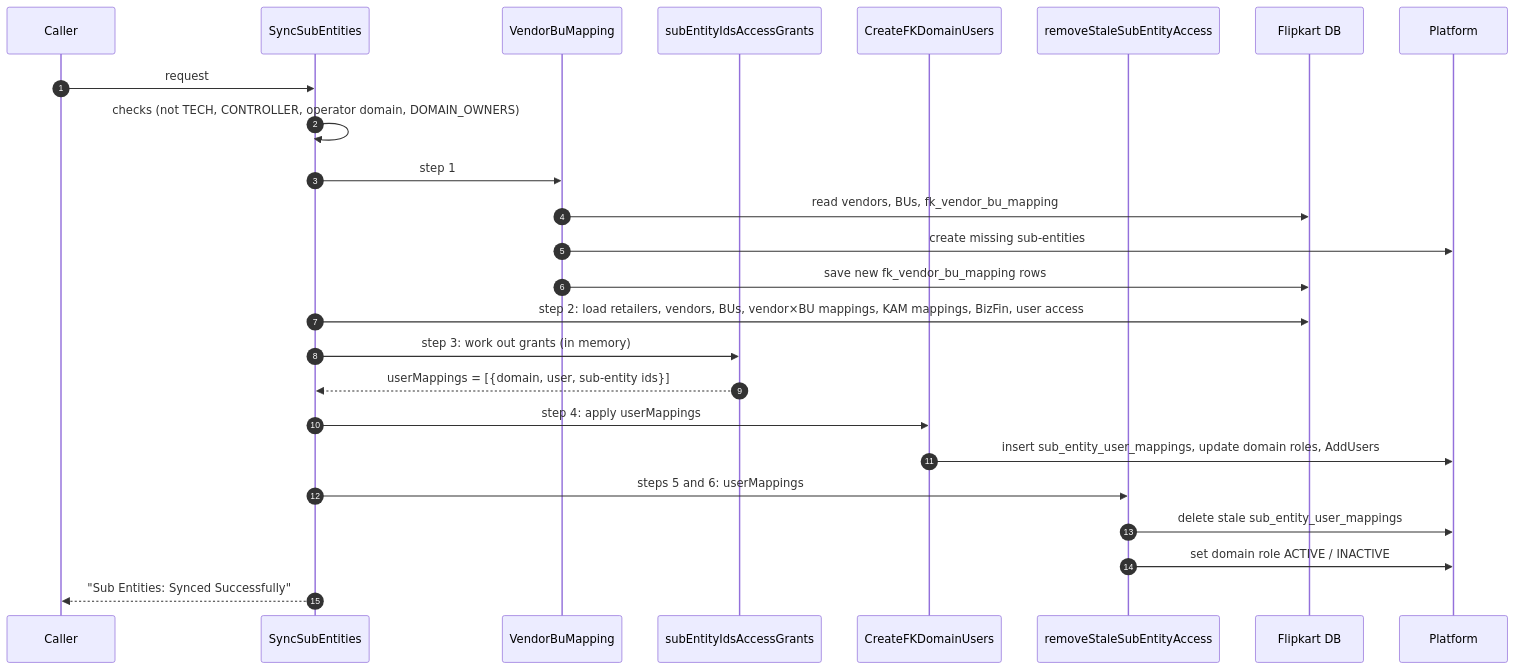
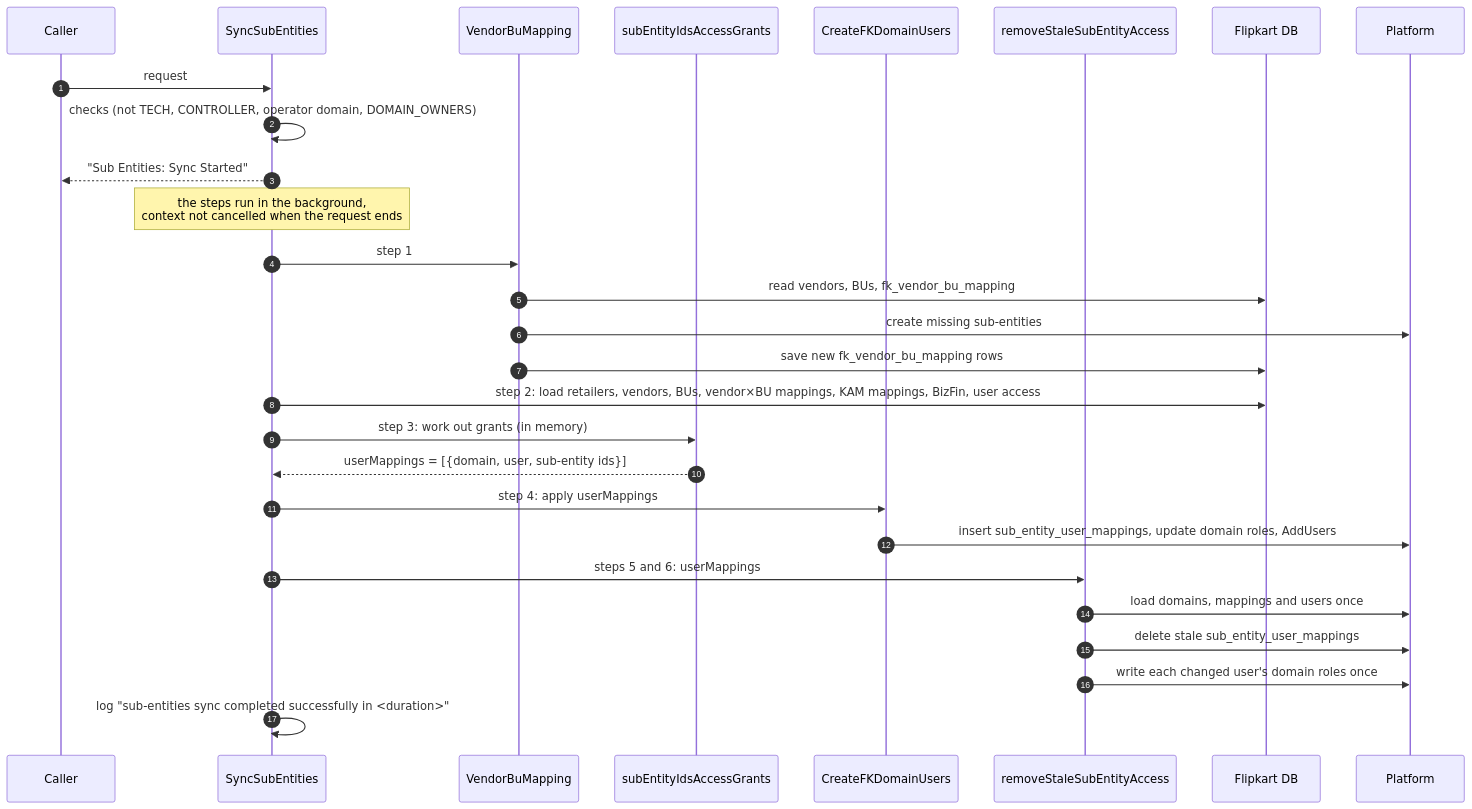
One commit to vijetapriya1/Vijeta-docs changed the third of 7 diagrams in sync_subentities.md. Above: the diagram before and after it, drawn with Mermaid. The commit also changed other lines of this file, not shown here.

````diff
--- a/sync_subentities.md
+++ b/sync_subentities.md
@@ -98,28 +98,31 @@
 ```mermaid
 sequenceDiagram
     autonumber
     participant C as Caller
     participant S as SyncSubEntities
     participant V as VendorBuMapping
     participant G as subEntityIdsAccessGrants
     participant U as CreateFKDomainUsers
     participant R as removeStaleSubEntityAccess
     participant FK as Flipkart DB
     participant P as Platform
 
     C->>S: request
     S->>S: checks (not TECH, CONTROLLER, operator domain, DOMAIN_OWNERS)
+    S-->>C: "Sub Entities: Sync Started"
+    Note over S: the steps run in the background,<br/>context not cancelled when the request ends
     S->>V: step 1
     V->>FK: read vendors, BUs, fk_vendor_bu_mapping
     V->>P: create missing sub-entities
     V->>FK: save new fk_vendor_bu_mapping rows
     S->>FK: step 2: load retailers, vendors, BUs, vendor×BU mappings, KAM mappings, BizFin, user access
     S->>G: step 3: work out grants (in memory)
     G-->>S: userMappings = [{domain, user, sub-entity ids}]
     S->>U: step 4: apply userMappings
     U->>P: insert sub_entity_user_mappings, update domain roles, AddUsers
     S->>R: steps 5 and 6: userMappings
+    R->>P: load domains, mappings and users once
     R->>P: delete stale sub_entity_user_mappings
-    R->>P: set domain role ACTIVE / INACTIVE
-    S-->>C: "Sub Entities: Synced Successfully"
+    R->>P: write each changed user's domain roles once
+    S->>S: log "sub-entities sync completed successfully in <duration>"
 ```
````
